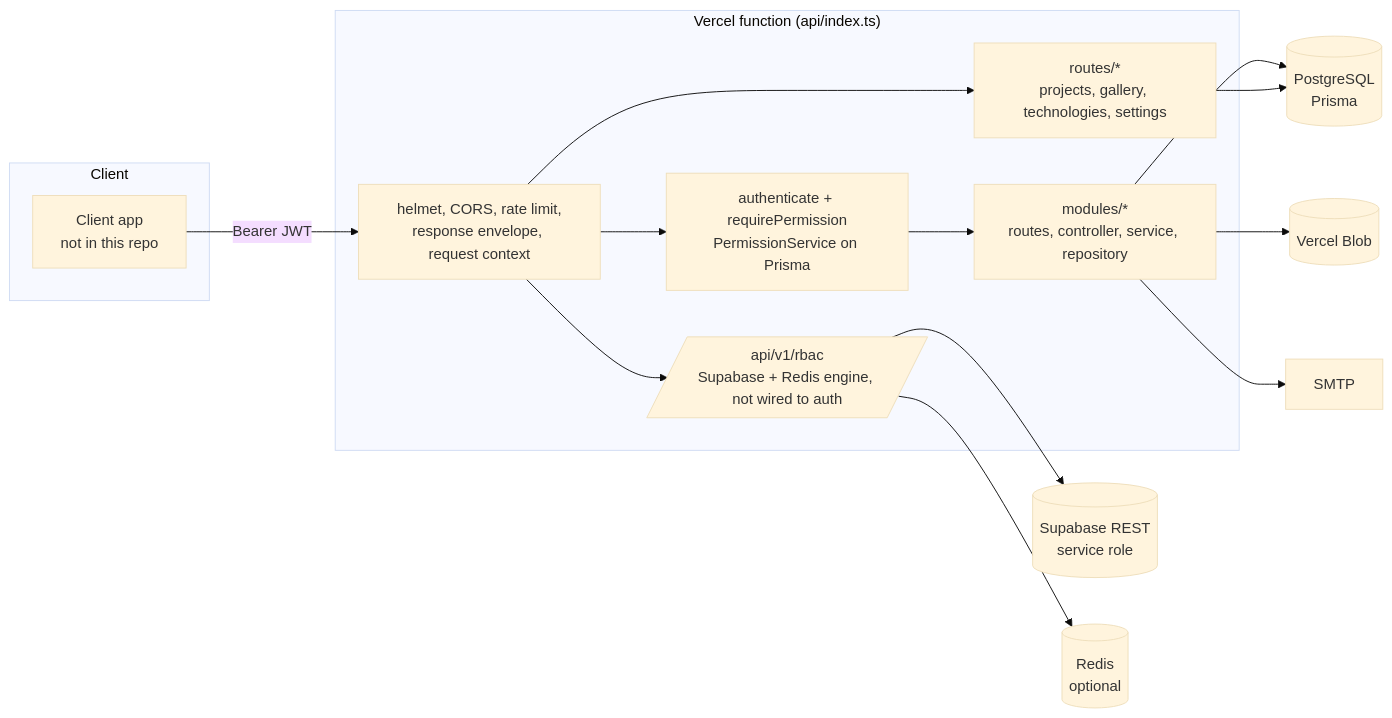
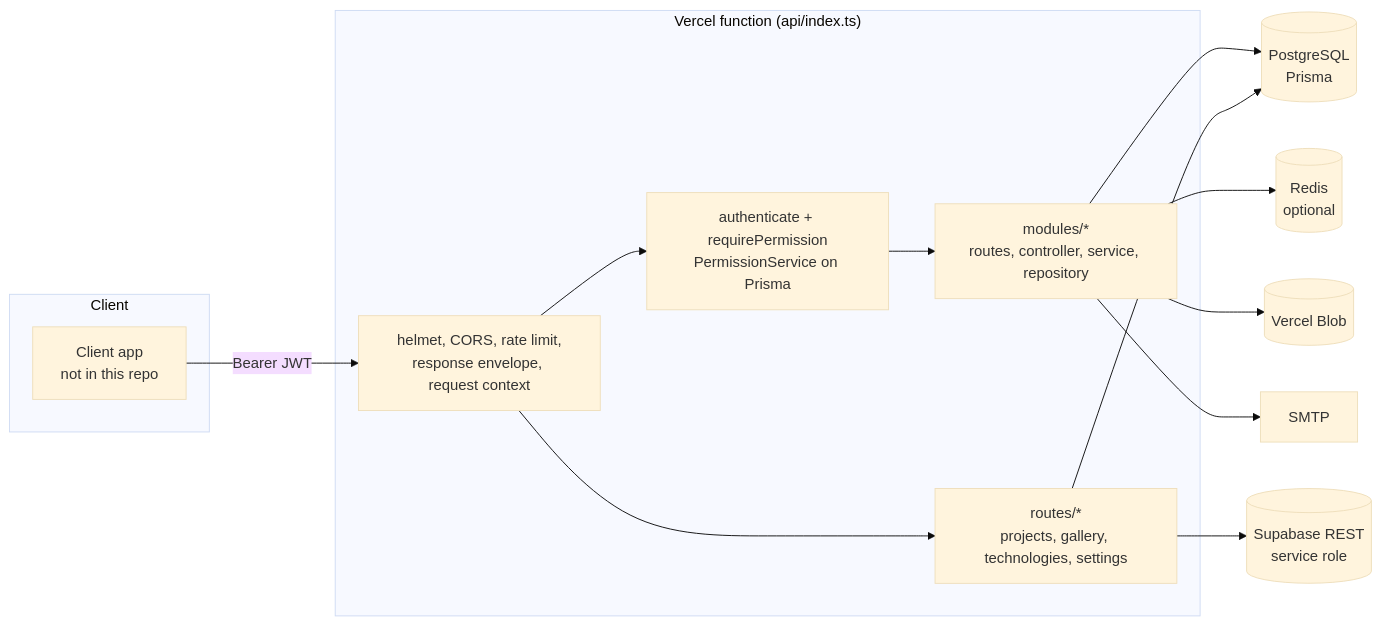
The diagram in docs/review/APPLICATION_REVIEW.md (Rabinramarajan/zellavora-control-center), drawn with Mermaid (base theme) before and after one commit. The commit also changed other lines of this file and 105 other files, not shown here.

````diff
--- a/docs/review/APPLICATION_REVIEW.md
+++ b/docs/review/APPLICATION_REVIEW.md
@@ -55,24 +69,23 @@
 ```mermaid
 flowchart LR
   subgraph Client
     SPA[Client app<br/>not in this repo]
   end
   subgraph Vercel["Vercel function (api/index.ts)"]
     MW[helmet, CORS, rate limit,<br/>response envelope, request context]
     AUTH[authenticate + requirePermission<br/>PermissionService on Prisma]
     MODS[modules/*<br/>routes, controller, service, repository]
     LEGACY[routes/*<br/>projects, gallery, technologies, settings]
-    RBAC[/api/v1/rbac<br/>Supabase + Redis engine, not wired to auth/]
   end
   PG[(PostgreSQL<br/>Prisma)]
   SB[(Supabase REST<br/>service role)]
   REDIS[(Redis<br/>optional)]
   BLOB[(Vercel Blob)]
   SMTP[SMTP]
   SPA -->|Bearer JWT| MW --> AUTH --> MODS --> PG
   MW --> LEGACY --> PG
-  MW --> RBAC --> SB
-  RBAC --> REDIS
+  LEGACY --> SB
+  MODS --> REDIS
   MODS --> BLOB
   MODS --> SMTP
 ```
````
